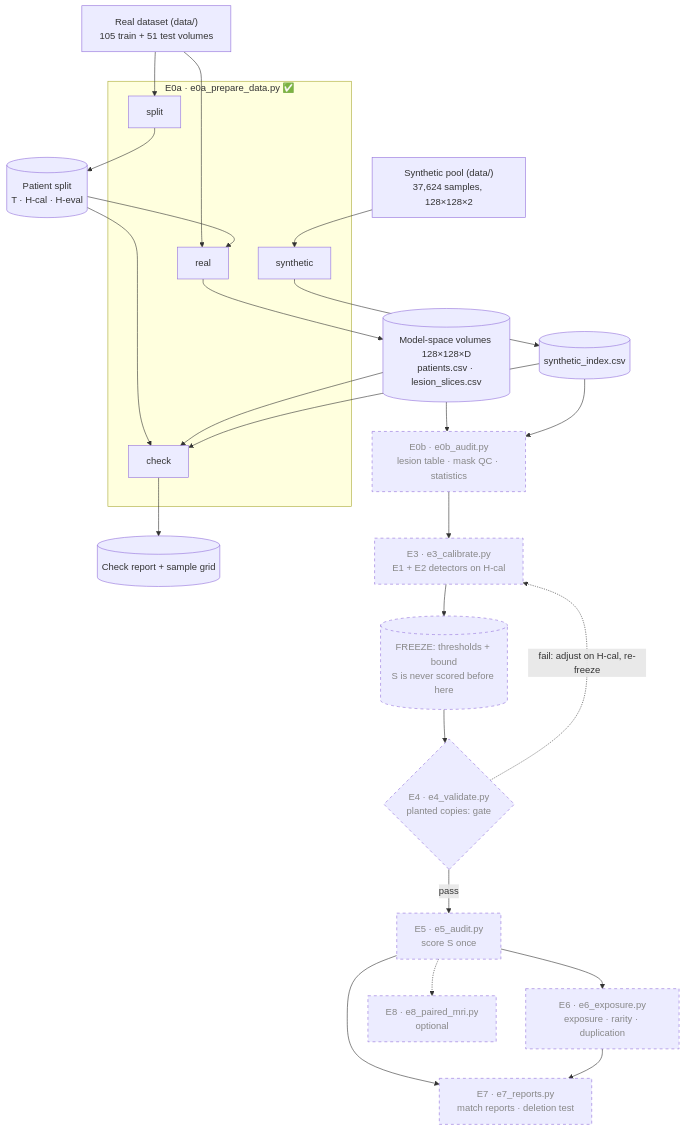
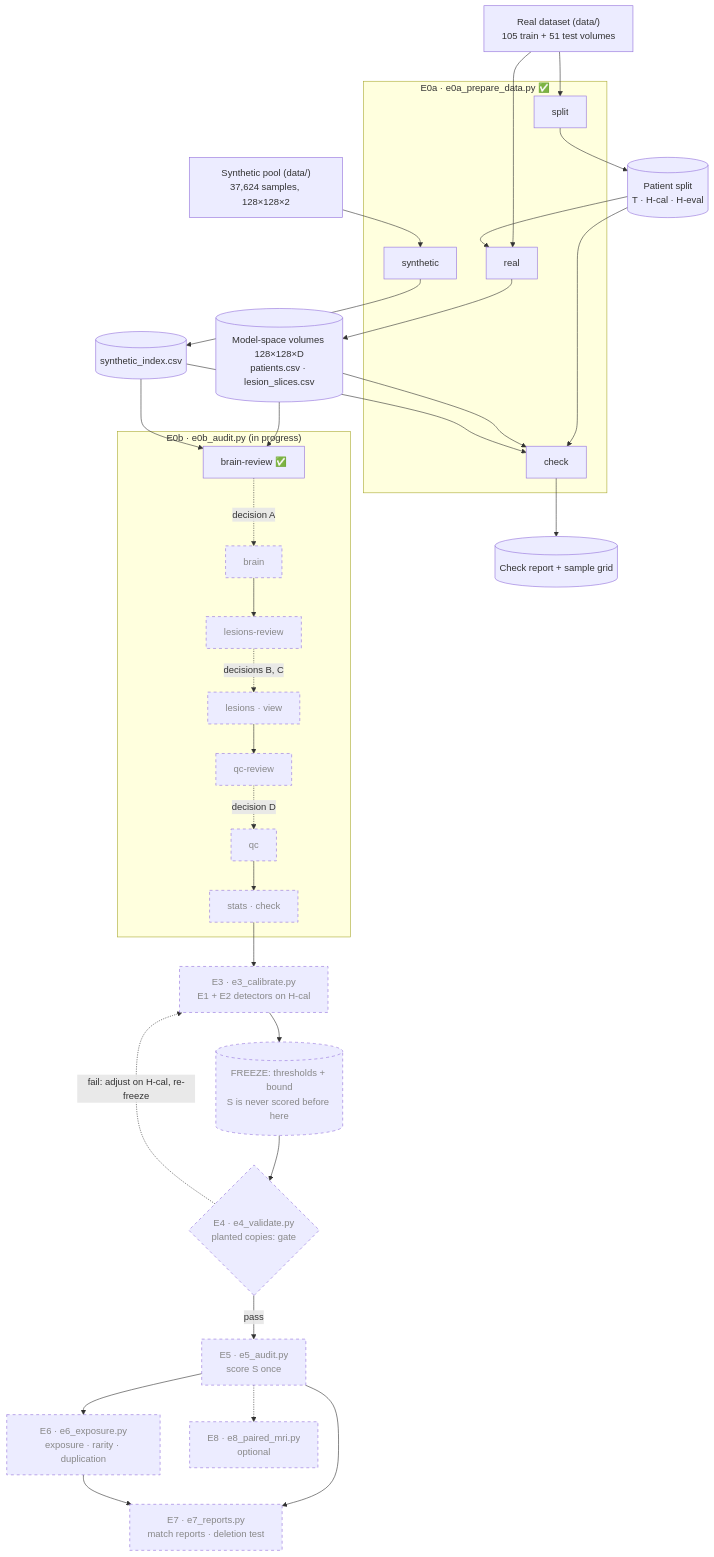
One commit to mattia3003/MT_project changed the first of 2 diagrams in docs/architecture.md. Above: the diagram before and after it, drawn with Mermaid. The commit also changed other lines of this file and 20 other files, not shown here.

Commit message:
Created E0b audit. Started work on brain tissue identification. Updated docs and fixed tests.

````diff
--- a/docs/architecture.md
+++ b/docs/architecture.md
@@ -23,41 +24,57 @@
 ```mermaid
 flowchart TD
     RAW["Real dataset (data/)<br/>105 train + 51 test volumes"]
     POOL["Synthetic pool (data/)<br/>37,624 samples, 128×128×2"]
 
     subgraph E0A["E0a · e0a_prepare_data.py ✅"]
         SPLIT["split"]
         REAL["real"]
         SYN["synthetic"]
         CHECK["check"]
     end
 
     SPLITCSV[("Patient split<br/>T · H-cal · H-eval")]
     VOLS[("Model-space volumes 128×128×D<br/>patients.csv · lesion_slices.csv")]
     INDEX[("synthetic_index.csv")]
     REPORT[("Check report + sample grid")]
 
     RAW --> SPLIT --> SPLITCSV
     RAW --> REAL
     SPLITCSV --> REAL --> VOLS
     POOL --> SYN --> INDEX
     SPLITCSV & VOLS & INDEX --> CHECK --> REPORT
 
-    E0B["E0b · e0b_audit.py<br/>lesion table · mask QC · statistics"]:::planned
+    subgraph E0B["E0b · e0b_audit.py (in progress)"]
+        BREV["brain-review ✅"]
+        BRAIN["brain"]:::planned
+        LREV["lesions-review"]:::planned
+        LES["lesions · view"]:::planned
+        QREV["qc-review"]:::planned
+        QC["qc"]:::planned
+        STATS["stats · check"]:::planned
+    end
+    BREV -.->|"decision A"| BRAIN
+    BRAIN --> LREV
+    LREV -.->|"decisions B, C"| LES
+    LES --> QREV
+    QREV -.->|"decision D"| QC
+    QC --> STATS
+
     E3["E3 · e3_calibrate.py<br/>E1 + E2 detectors on H-cal"]:::planned
     FROZEN[("FREEZE: thresholds + bound<br/>S is never scored before here")]:::planned
     E4{"E4 · e4_validate.py<br/>planted copies: gate"}:::planned
     E5["E5 · e5_audit.py<br/>score S once"]:::planned
     E6["E6 · e6_exposure.py<br/>exposure · rarity · duplication"]:::planned
     E7["E7 · e7_reports.py<br/>match reports · deletion test"]:::planned
     E8["E8 · e8_paired_mri.py<br/>optional"]:::planned
 
-    VOLS & INDEX --> E0B --> E3 --> FROZEN --> E4
+    VOLS & INDEX --> BREV
+    STATS --> E3 --> FROZEN --> E4
     E4 -->|pass| E5
     E4 -.->|"fail: adjust on H-cal, re-freeze"| E3
     E5 --> E6 & E7
     E6 --> E7
     E5 -.-> E8
 
     classDef planned stroke-dasharray: 5 5,color:#888
 ```
````
